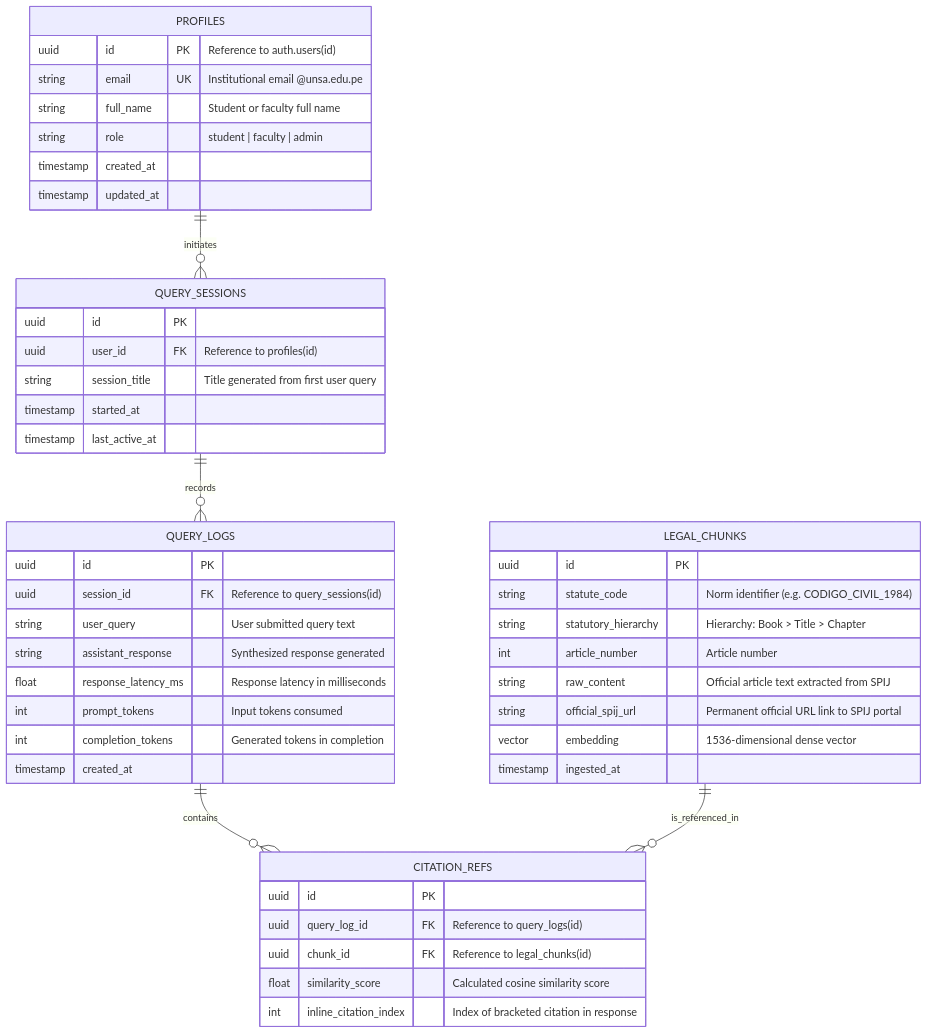
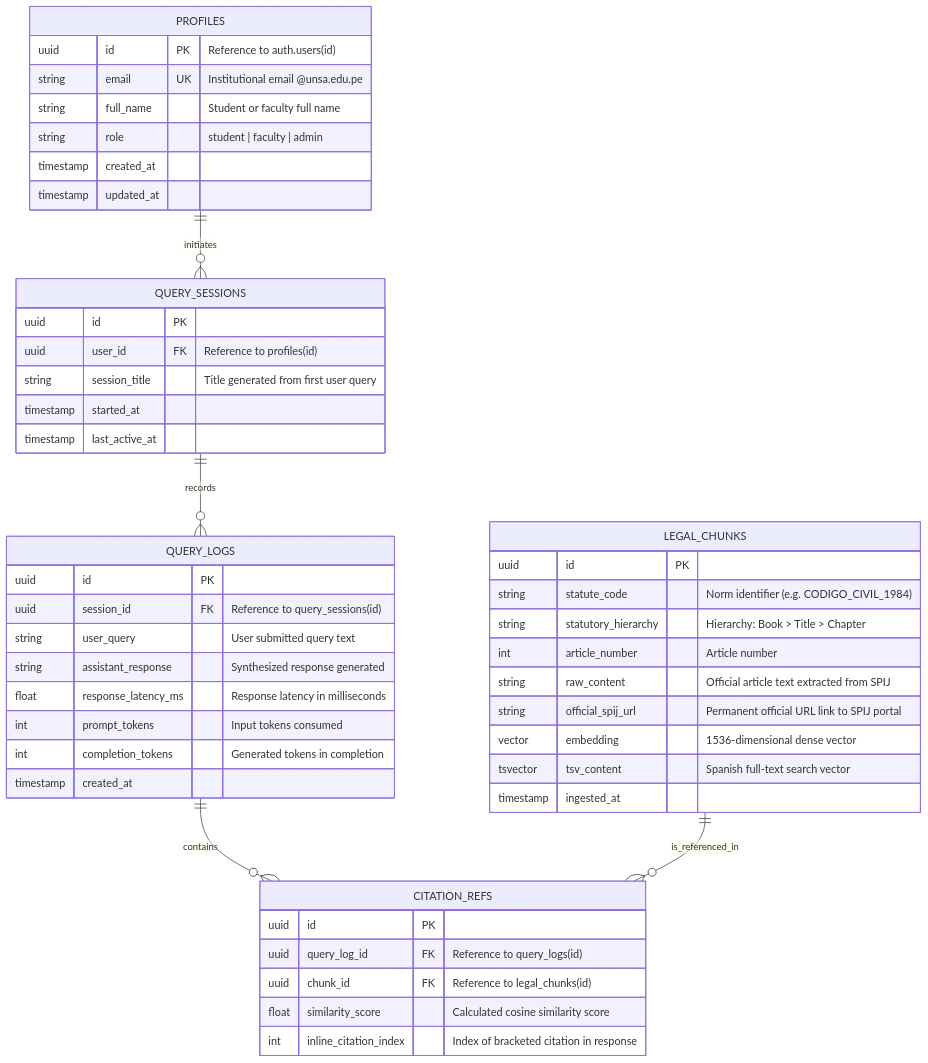
One commit to jorghee/inti-rag changed the diagram in docs/architecture/data-model.md. Above: the diagram before and after it, drawn with Mermaid. The commit also changed other lines of this file and 6 other files, not shown here.

First line of the commit message:
docs(architecture): integrate hybrid search, RRF scoring, prompt guardrails, and mega-article safeguards

````diff
--- a/docs/architecture/data-model.md
+++ b/docs/architecture/data-model.md
@@ -11,54 +11,55 @@
 ```mermaid
 erDiagram
     PROFILES ||--o{ QUERY_SESSIONS : "initiates"
     QUERY_SESSIONS ||--o{ QUERY_LOGS : "records"
     QUERY_LOGS ||--o{ CITATION_REFS : "contains"
     LEGAL_CHUNKS ||--o{ CITATION_REFS : "is_referenced_in"
 
     PROFILES {
         uuid id PK "Reference to auth.users(id)"
         string email UK "Institutional email @unsa.edu.pe"
         string full_name "Student or faculty full name"
         string role "student | faculty | admin"
         timestamp created_at
         timestamp updated_at
     }
 
     QUERY_SESSIONS {
         uuid id PK
         uuid user_id FK "Reference to profiles(id)"
         string session_title "Title generated from first user query"
         timestamp started_at
         timestamp last_active_at
     }
 
     QUERY_LOGS {
         uuid id PK
         uuid session_id FK "Reference to query_sessions(id)"
         string user_query "User submitted query text"
         string assistant_response "Synthesized response generated"
         float response_latency_ms "Response latency in milliseconds"
         int prompt_tokens "Input tokens consumed"
         int completion_tokens "Generated tokens in completion"
         timestamp created_at
     }
 
     LEGAL_CHUNKS {
         uuid id PK
         string statute_code "Norm identifier (e.g. CODIGO_CIVIL_1984)"
         string statutory_hierarchy "Hierarchy: Book > Title > Chapter"
         int article_number "Article number"
         string raw_content "Official article text extracted from SPIJ"
         string official_spij_url "Permanent official URL link to SPIJ portal"
         vector embedding "1536-dimensional dense vector"
+        tsvector tsv_content "Spanish full-text search vector"
         timestamp ingested_at
     }
 
     CITATION_REFS {
         uuid id PK
         uuid query_log_id FK "Reference to query_logs(id)"
         uuid chunk_id FK "Reference to legal_chunks(id)"
         float similarity_score "Calculated cosine similarity score"
         int inline_citation_index "Index of bracketed citation in response"
     }
 ```
````
